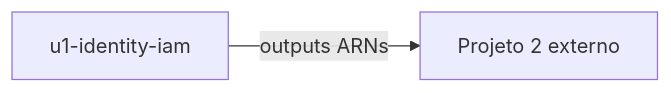
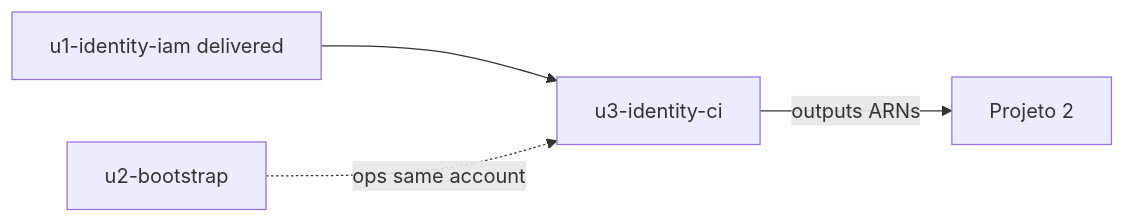
The diagram in aidlc-docs/inception/application-design/unit-of-work-dependency.md (welligtoncos/ia-dlc-infra-role-datamesh-poc), drawn with Mermaid before and after one commit. The commit also changed other lines of this file and 98 other files, not shown here.

First line of the commit message:
feat: entrega multi-ambiente (dev/hom/prod) com bootstrap, CI e pasta identity/

````diff
--- a/aidlc-docs/inception/application-design/unit-of-work-dependency.md
+++ b/aidlc-docs/inception/application-design/unit-of-work-dependency.md
@@ -32,6 +28,10 @@
 ```mermaid
 flowchart LR
-    U1["u1-identity-iam"]
-    P2["Projeto 2 externo"]
-    U1 -->|outputs ARNs| P2
+  U1["u1-identity-iam delivered"]
+  U2["u2-bootstrap"]
+  U3["u3-identity-ci"]
+  P2["Projeto 2"]
+  U1 --> U3
+  U2 -.->|ops same account| U3
+  U3 -->|outputs ARNs| P2
 ```
````
